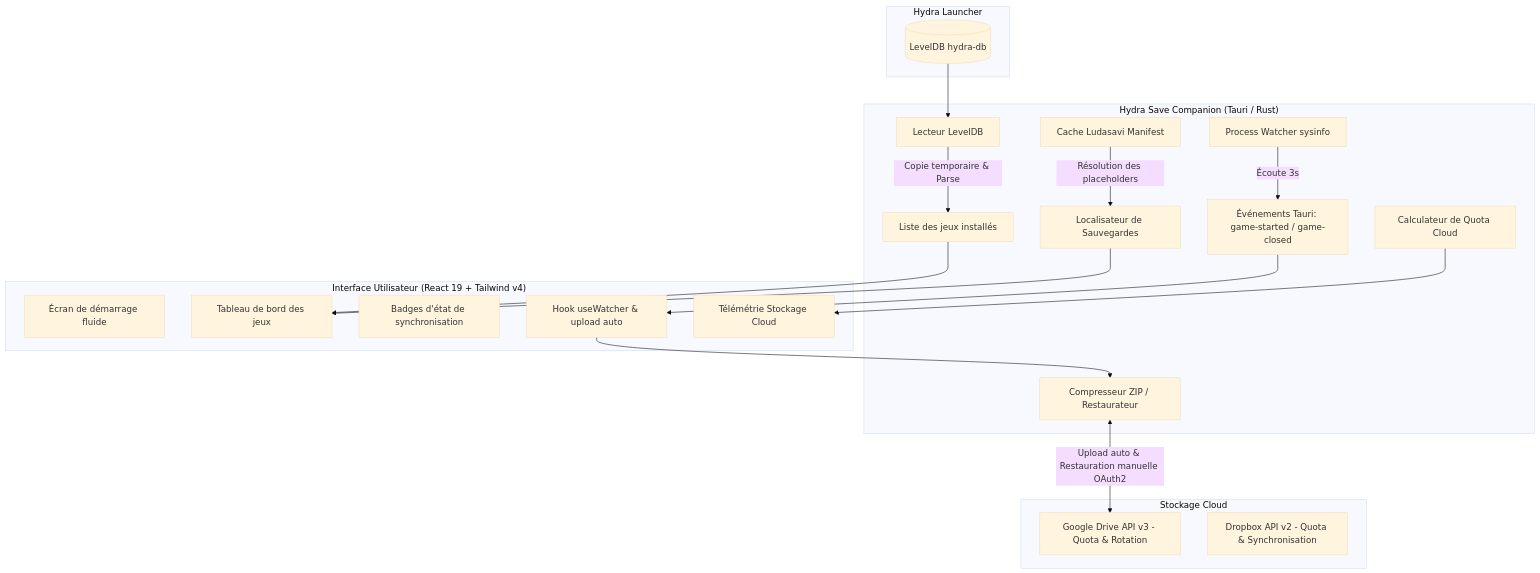
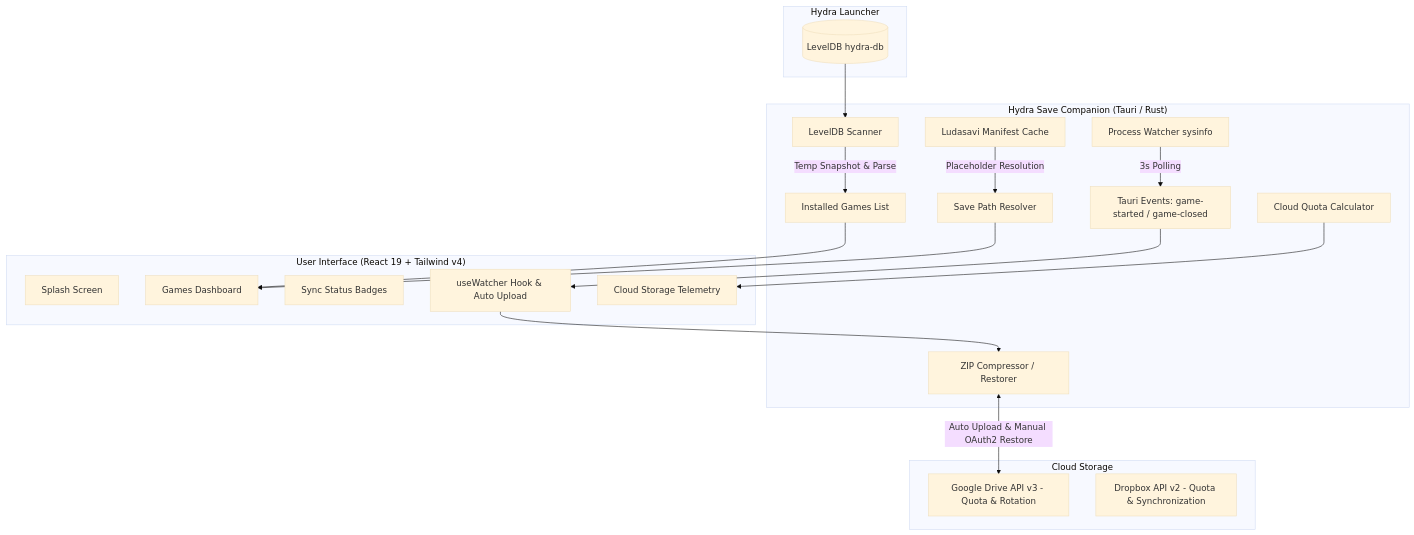
Before and after one commit to nathanlgn62/hydra-save-companion: the diagram in README.md, drawn with Mermaid (base theme). The commit also changed other lines of this file, not shown here.

````diff
--- a/README.md
+++ b/README.md
@@ -73,35 +73,35 @@
 ```mermaid
 flowchart TD
     subgraph Hydra ["Hydra Launcher"]
         DB[(LevelDB hydra-db)]
     end
 
     subgraph HSC_Core ["Hydra Save Companion (Tauri / Rust)"]
-        Scanner[Lecteur LevelDB] -->|Copie temporaire & Parse| GamesList[Liste des jeux installés]
-        Manifest[Cache Ludasavi Manifest] -->|Résolution des placeholders| SaveResolver[Localisateur de Sauvegardes]
-        Watcher[Process Watcher sysinfo] -->|Écoute 3s| Events[Événements Tauri: game-started / game-closed]
-        Archiver[Compresseur ZIP / Restaurateur]
-        StorageChecker[Calculateur de Quota Cloud]
+        Scanner[LevelDB Scanner] -->|Temp Snapshot & Parse| GamesList[Installed Games List]
+        Manifest[Ludasavi Manifest Cache] -->|Placeholder Resolution| SaveResolver[Save Path Resolver]
+        Watcher[Process Watcher sysinfo] -->|3s Polling| Events[Tauri Events: game-started / game-closed]
+        Archiver[ZIP Compressor / Restorer]
+        StorageChecker[Cloud Quota Calculator]
     end
 
-    subgraph HSC_UI ["Interface Utilisateur (React 19 + Tailwind v4)"]
-        SplashScreen[Écran de démarrage fluide]
-        Dashboard[Tableau de bord des jeux]
-        Badges[Badges d'état de synchronisation]
-        WatcherHook[Hook useWatcher & upload auto]
-        Footer[Télémétrie Stockage Cloud]
+    subgraph HSC_UI ["User Interface (React 19 + Tailwind v4)"]
+        SplashScreen[Splash Screen]
+        Dashboard[Games Dashboard]
+        Badges[Sync Status Badges]
+        WatcherHook[useWatcher Hook & Auto Upload]
+        Footer[Cloud Storage Telemetry]
     end
 
-    subgraph CloudStorage ["Stockage Cloud"]
+    subgraph CloudStorage ["Cloud Storage"]
         GDrive[Google Drive API v3 - Quota & Rotation]
-        Dropbox[Dropbox API v2 - Quota & Synchronisation]
+        Dropbox[Dropbox API v2 - Quota & Synchronization]
     end
 
     DB --> Scanner
     GamesList --> Dashboard
     SaveResolver --> Dashboard
     Events --> WatcherHook
     WatcherHook --> Archiver
-    Archiver <-->|Upload auto & Restauration manuelle OAuth2| GDrive
+    Archiver <-->|Auto Upload & Manual OAuth2 Restore| GDrive
     StorageChecker --> Footer
 ```
````
